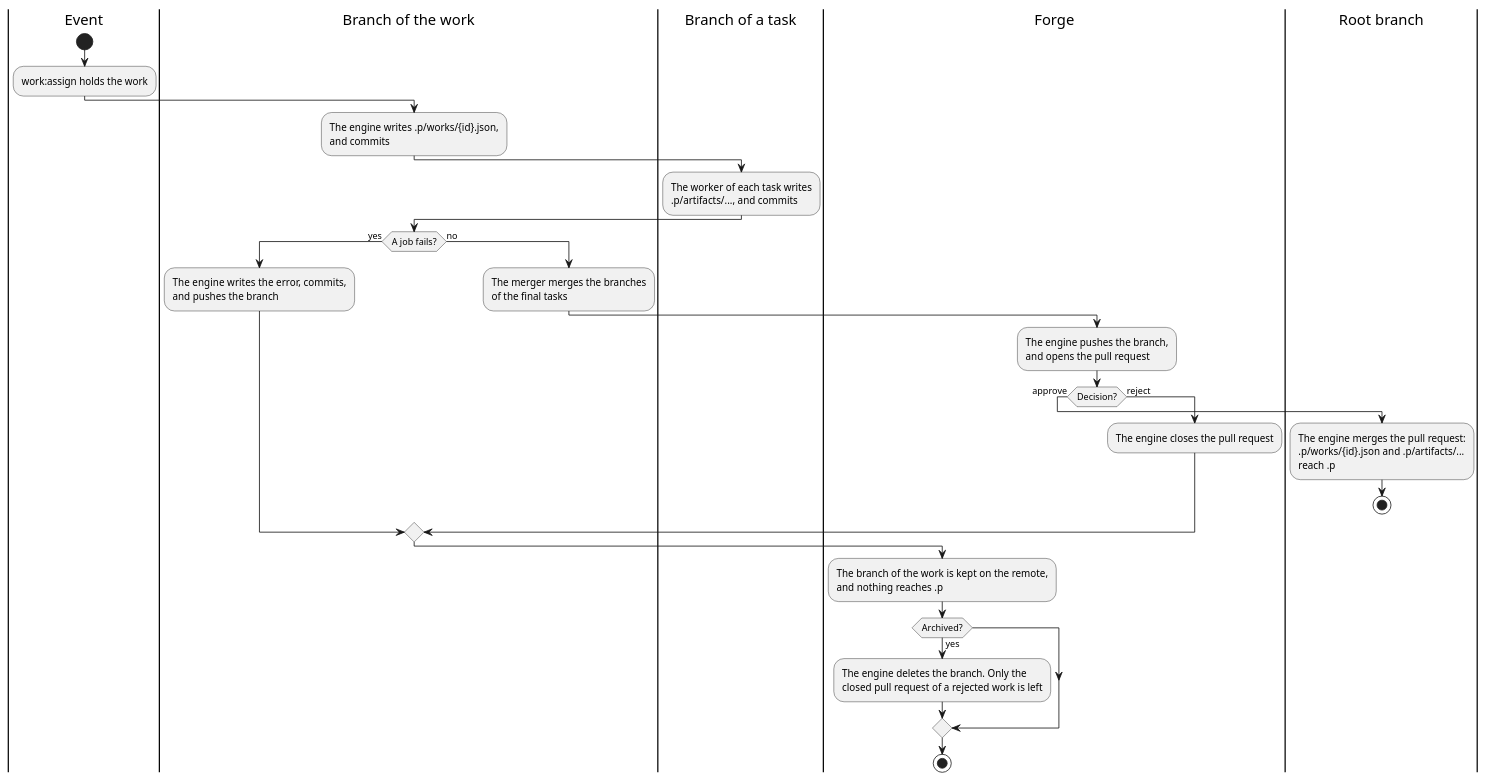
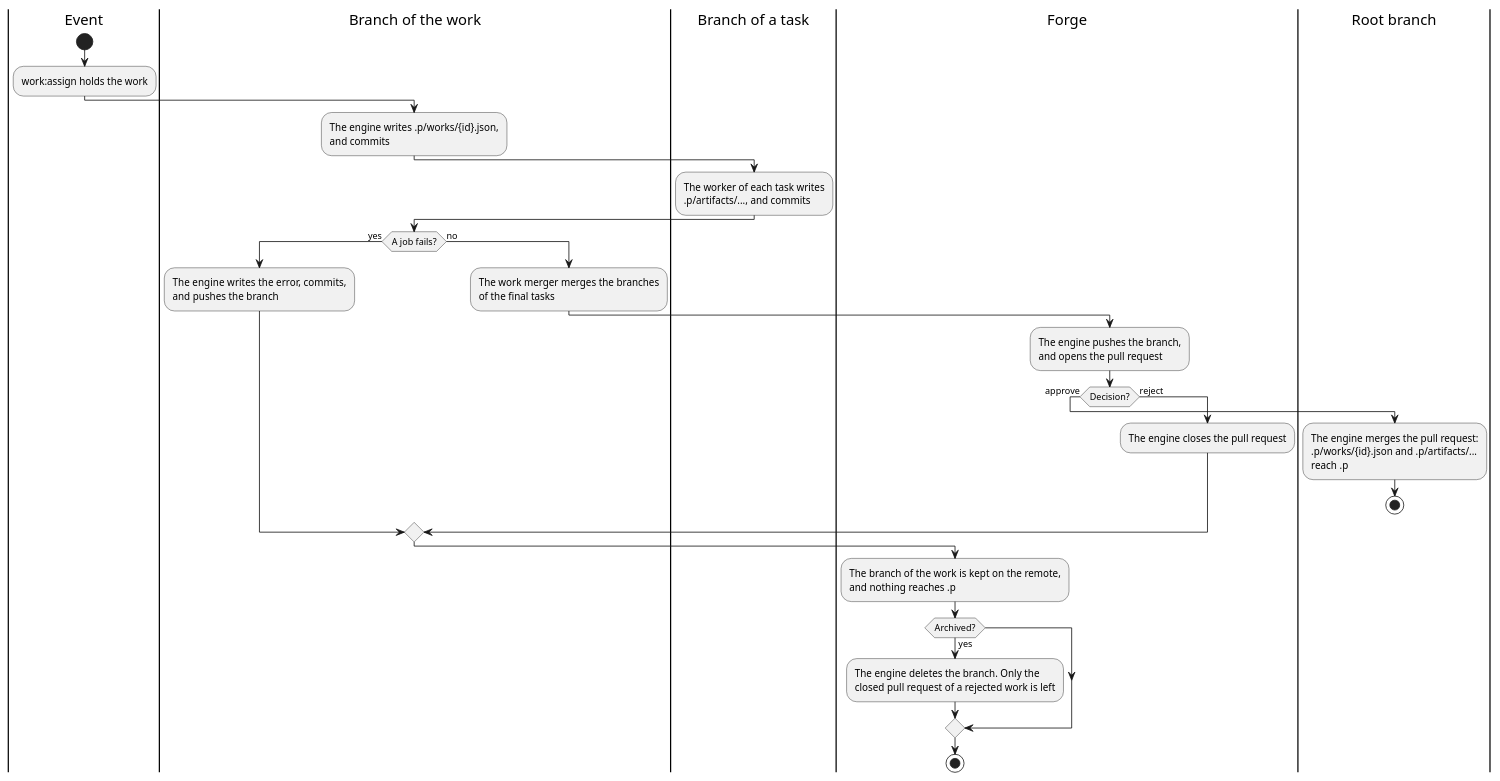
Before and after one commit to longlh/superteam: the first of 2 diagrams in docs/06_runtime/data-flow.md, drawn with PlantUML. The commit also changed other lines of this file and 22 other files, not shown here.

````diff
--- a/docs/06_runtime/data-flow.md
+++ b/docs/06_runtime/data-flow.md
@@ -32,42 +32,42 @@
 ```plantuml
 @startuml
 |Event|
 start
 :work:assign holds the work;
 |Branch of the work|
 :The engine writes .p/works/{id}.json,
 and commits;
 |Branch of a task|
 :The worker of each task writes
 .p/artifacts/..., and commits;
 |Branch of the work|
 if (A job fails?) then (yes)
   :The engine writes the error, commits,
   and pushes the branch;
 else (no)
-  :The merger merges the branches
+  :The work merger merges the branches
   of the final tasks;
   |Forge|
   :The engine pushes the branch,
   and opens the pull request;
   if (Decision?) then (approve)
     |Root branch|
     :The engine merges the pull request:
     .p/works/{id}.json and .p/artifacts/...
     reach .p;
     stop
   else (reject)
     |Forge|
     :The engine closes the pull request;
   endif
 endif
 |Forge|
 :The branch of the work is kept on the remote,
 and nothing reaches .p;
 if (Archived?) then (yes)
   :The engine deletes the branch. Only the
   closed pull request of a rejected work is left;
 endif
 stop
 @enduml
 ```
````
